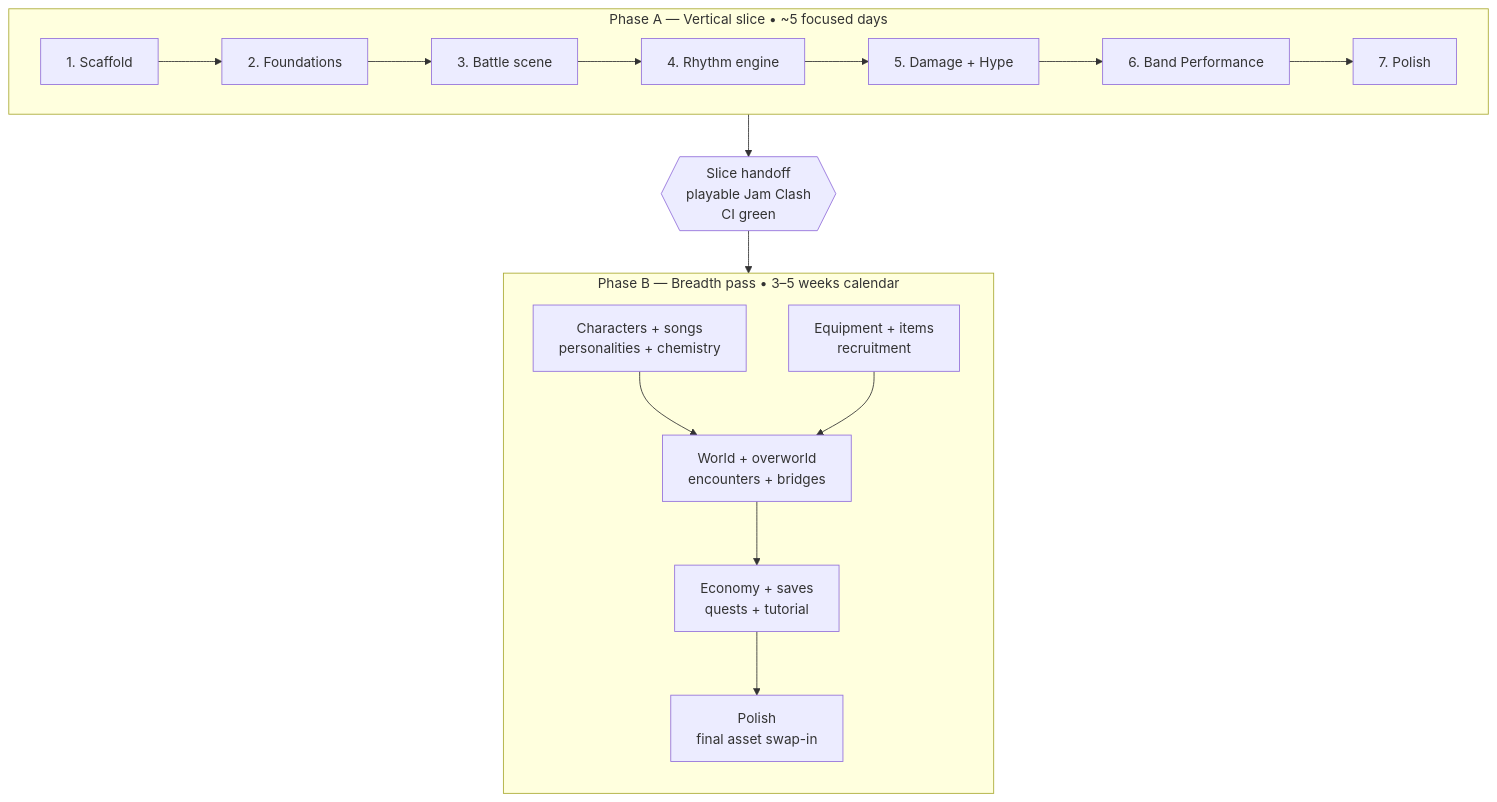
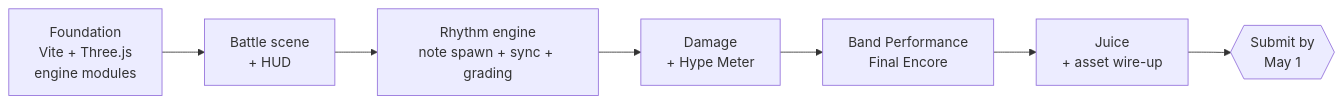
One commit to gideonmarked/harmony-isles changed the first of 2 diagrams in ROADMAP.md. Above: the diagram before and after it, drawn with Mermaid. The commit also changed other lines of this file, not shown here.

First line of the commit message:
docs: Rewrite ROADMAP.md for hackathon scope

````diff
--- a/ROADMAP.md
+++ b/ROADMAP.md
@@ -11,26 +13,9 @@
 ```mermaid
-flowchart TB
-    subgraph PA["Phase A — Vertical slice • ~5 focused days"]
-        direction LR
-        A1[1. Scaffold] --> A2[2. Foundations]
-        A2 --> A3[3. Battle scene]
-        A3 --> A4[4. Rhythm engine]
-        A4 --> A5[5. Damage + Hype]
-        A5 --> A6[6. Band Performance]
-        A6 --> A7[7. Polish]
-    end
-    PA --> Gate{{"Slice handoff<br/>playable Jam Clash<br/>CI green"}}
-    Gate --> PB
-    subgraph PB["Phase B — Breadth pass • 3–5 weeks calendar"]
-        direction TB
-        B1[Characters + songs<br/>personalities + chemistry]
-        B2[Equipment + items<br/>recruitment]
-        B3[World + overworld<br/>encounters + bridges]
-        B4[Economy + saves<br/>quests + tutorial]
-        B5[Polish<br/>final asset swap-in]
-        B1 --> B3
-        B2 --> B3
-        B3 --> B4
-        B4 --> B5
-    end
+flowchart LR
+    F[Foundation<br/>Vite + Three.js<br/>engine modules] --> B[Battle scene<br/>+ HUD]
+    B --> R[Rhythm engine<br/>note spawn + sync + grading]
+    R --> DH[Damage<br/>+ Hype Meter]
+    DH --> BP[Band Performance<br/>Final Encore]
+    BP --> J[Juice<br/>+ asset wire-up]
+    J --> S{{Submit by<br/>May 1}}
 ```
````
